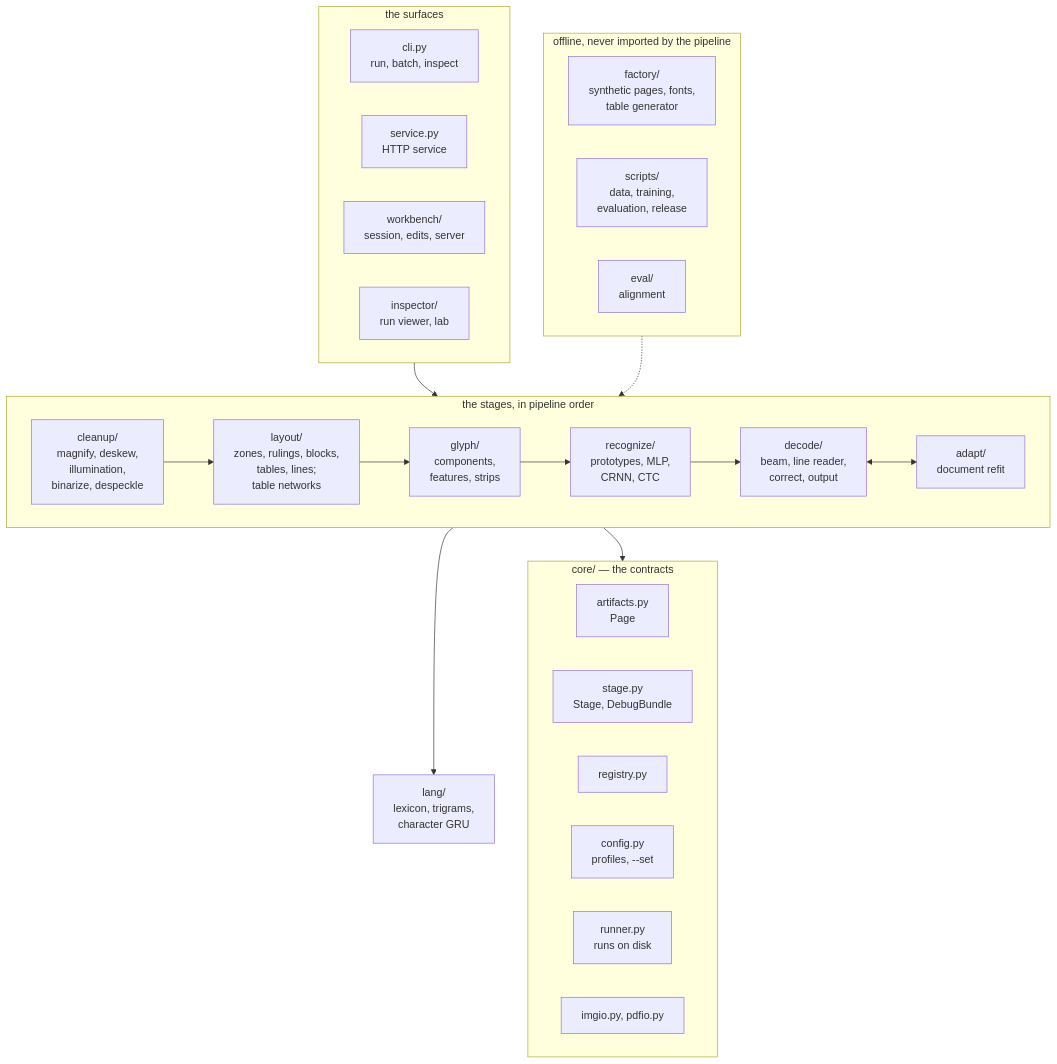
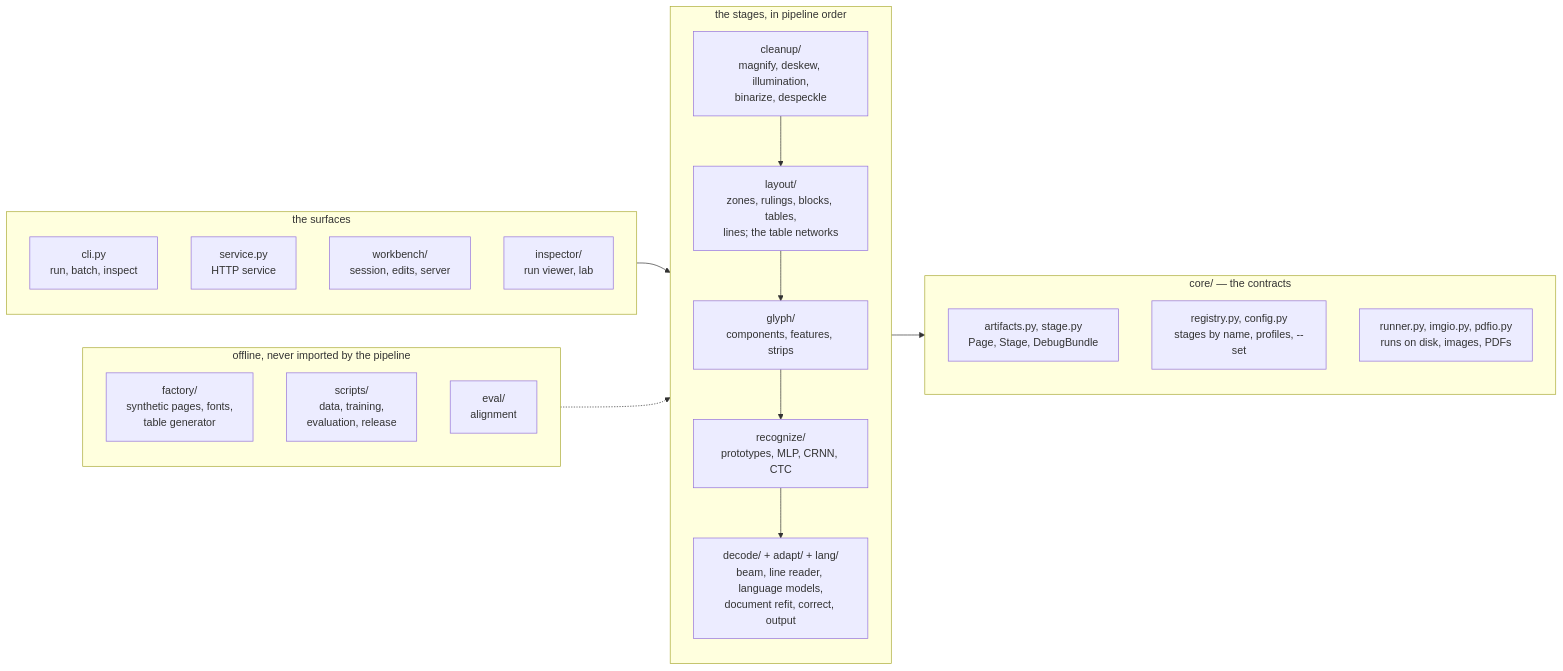
One commit to msharpe248/mlws-ocr changed the second of 13 diagrams in docs/ARCHITECTURE.md. Above: the diagram before and after it, drawn with Mermaid.

Commit message:
ARCHITECTURE.md: the system diagram laid out as four rows, the package map as four columns (no edge enters a group, so Mermaid keeps each group's direction)
Claude-Session: https://claude.ai/code/session_015T2Wk64nQEYnP1PzVdZgeW

````diff
--- a/docs/ARCHITECTURE.md
+++ b/docs/ARCHITECTURE.md
@@ -76,41 +73,33 @@
 ```mermaid
-flowchart TB
+flowchart LR
     subgraph surfaces["the surfaces"]
-        direction LR
+        direction TB
         cli["cli.py<br/>run, batch, inspect"]
         service["service.py<br/>HTTP service"]
         workbench["workbench/<br/>session, edits, server"]
         inspector["inspector/<br/>run viewer, lab"]
     end
     subgraph stages["the stages, in pipeline order"]
-        direction LR
-        cleanup["cleanup/<br/>magnify, deskew,<br/>illumination,<br/>binarize, despeckle"]
-        layout["layout/<br/>zones, rulings, blocks,<br/>tables, lines;<br/>table networks"]
-        glyph["glyph/<br/>components,<br/>features, strips"]
-        recognize["recognize/<br/>prototypes, MLP,<br/>CRNN, CTC"]
-        decode["decode/<br/>beam, line reader,<br/>correct, output"]
-        adapt["adapt/<br/>document refit"]
+        direction TB
+        cleanup["cleanup/<br/>magnify, deskew, illumination,<br/>binarize, despeckle"]
+        layout["layout/<br/>zones, rulings, blocks, tables,<br/>lines; the table networks"]
+        glyph["glyph/<br/>components, features, strips"]
+        recognize["recognize/<br/>prototypes, MLP, CRNN, CTC"]
+        decode["decode/ + adapt/ + lang/<br/>beam, line reader, language models,<br/>document refit, correct, output"]
         cleanup --> layout --> glyph --> recognize --> decode
-        decode <--> adapt
     end
-    lang["lang/<br/>lexicon, trigrams,<br/>character GRU"]
     subgraph core["core/ — the contracts"]
-        direction LR
-        artifacts["artifacts.py<br/>Page"]
-        stage["stage.py<br/>Stage, DebugBundle"]
-        registry["registry.py"]
-        config["config.py<br/>profiles, --set"]
-        runner["runner.py<br/>runs on disk"]
-        imgio["imgio.py, pdfio.py"]
+        direction TB
+        page["artifacts.py, stage.py<br/>Page, Stage, DebugBundle"]
+        reg["registry.py, config.py<br/>stages by name, profiles, --set"]
+        run["runner.py, imgio.py, pdfio.py<br/>runs on disk, images, PDFs"]
     end
     subgraph offline["offline, never imported by the pipeline"]
-        direction LR
+        direction TB
         factory["factory/<br/>synthetic pages, fonts,<br/>table generator"]
         scripts["scripts/<br/>data, training,<br/>evaluation, release"]
         evalpkg["eval/<br/>alignment"]
     end
-    surfaces --> stages
-    decode --> lang
-    stages --> core
+    surfaces --> stages --> core
     offline -.-> stages
 ```
````
